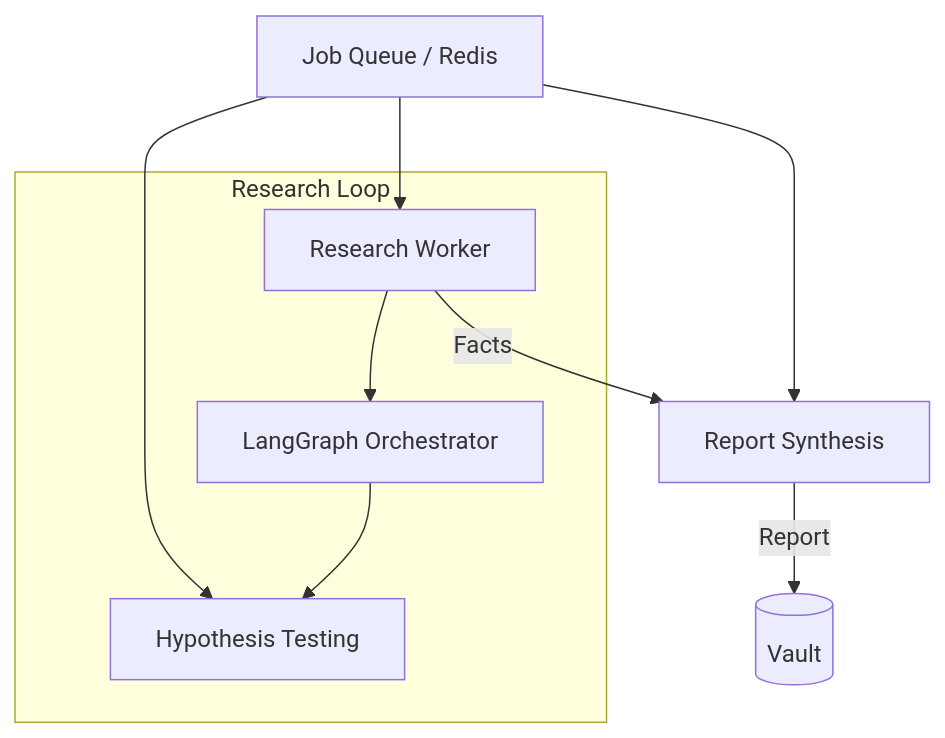
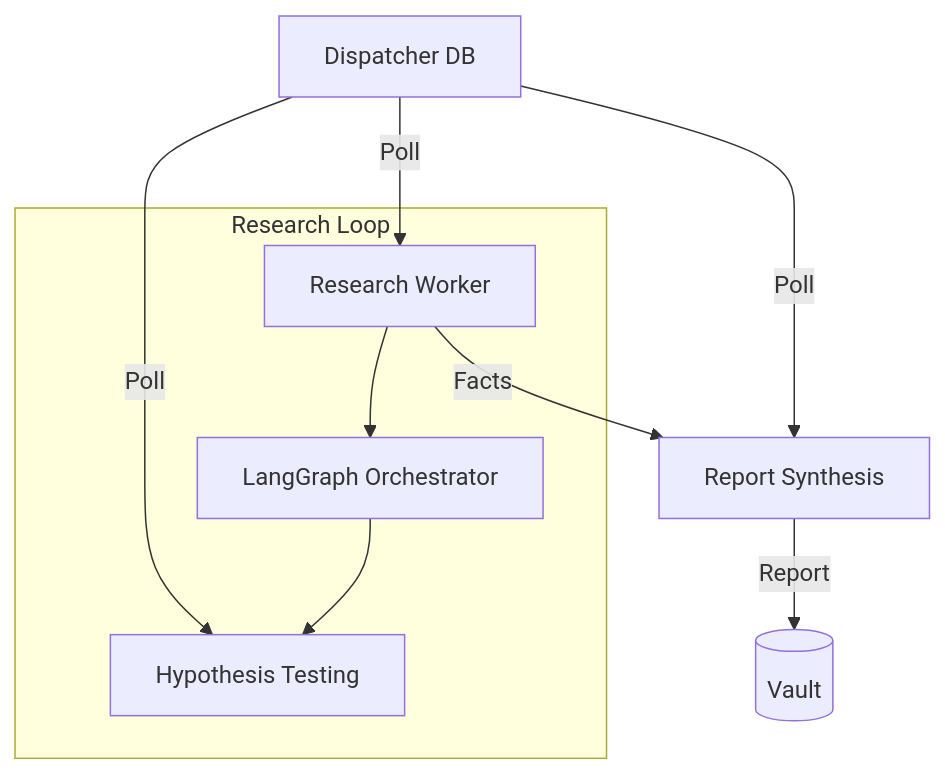
One commit to azzindani/Kea changed the diagram in workers/README.md. Above: the diagram before and after it, drawn with Mermaid. The commit also changed other lines of this file and 21 other files, not shown here.

````diff
--- a/workers/README.md
+++ b/workers/README.md
@@ -21,14 +17,14 @@
 ```mermaid
 graph TD
-    Queue[Job Queue / Redis] --> RW[Research Worker]
-    Queue --> SLW[Shadow Lab Worker]
-    Queue --> SW[Synthesis Worker]
+    Dispatch[Dispatcher DB] -->|Poll| RW[Research Worker]
+    Dispatch -->|Poll| SLW[Shadow Lab Worker]
+    Dispatch -->|Poll| SW[Synthesis Worker]
 
     subgraph "Research Loop"
         RW --> Graph[LangGraph Orchestrator]
         Graph --> SLW[Hypothesis Testing]
     end
 
     RW -->|Facts| SW[Report Synthesis]
     SW -->|Report| Vault[(Vault)]
 ```
````
